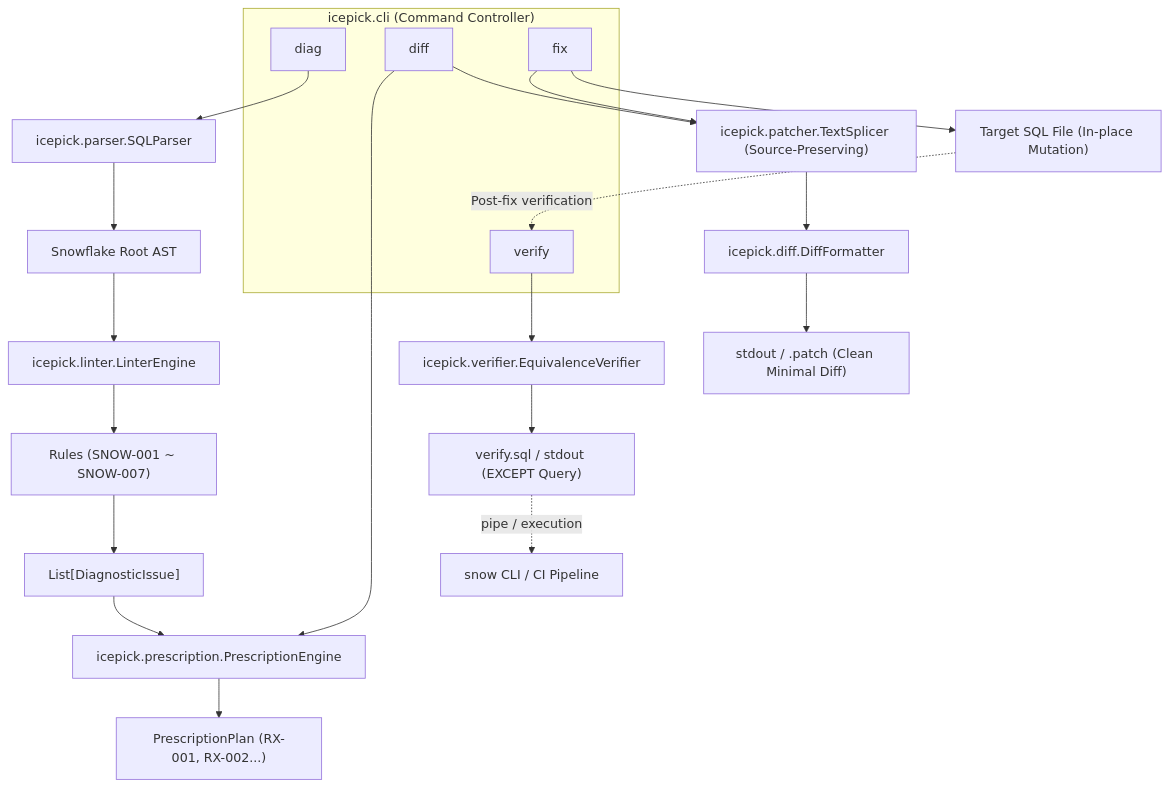
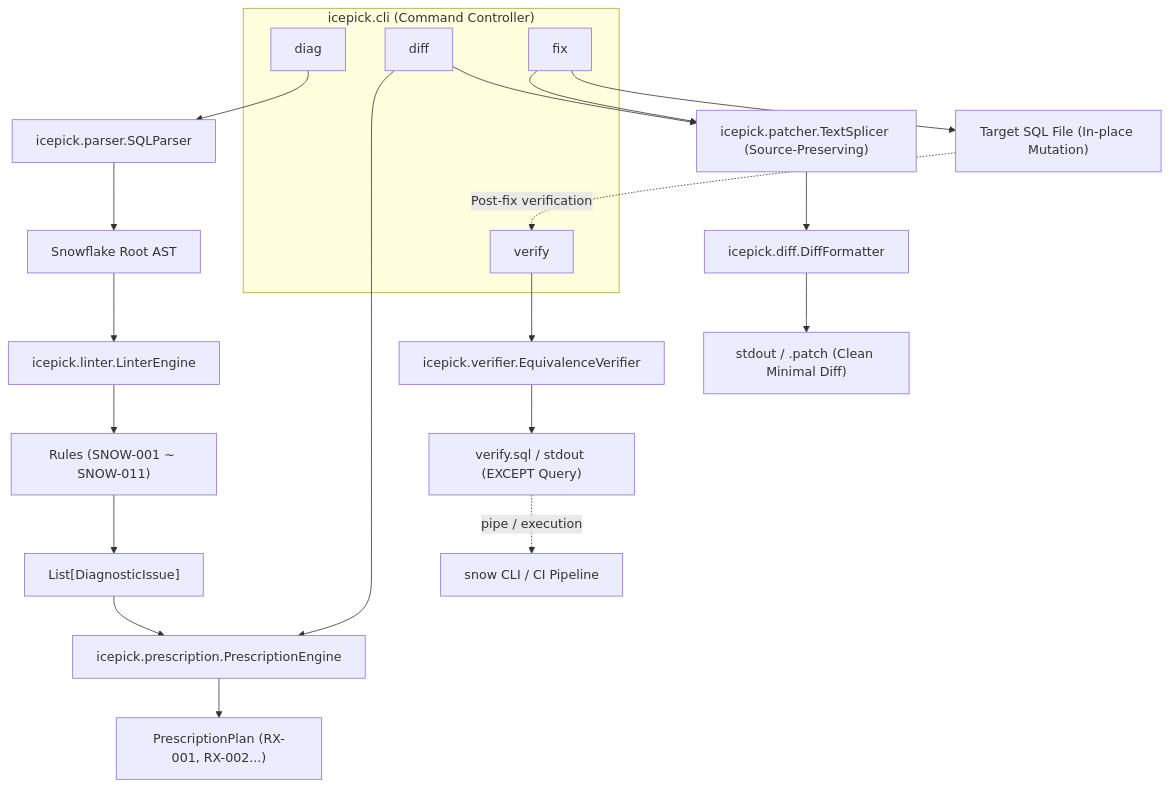
One commit to snaga/icepick changed the diagram in README.md. Above: the diagram before and after it, drawn with Mermaid. The commit also changed other lines of this file and 8 other files, not shown here.

First line of the commit message:
feat: integrate Tier 1 rules across linter, prescription engine, and agent context

````diff
--- a/README.md
+++ b/README.md
@@ -64,30 +68,30 @@
 ```mermaid
 flowchart TD
     subgraph CLI ["icepick.cli (Command Controller)"]
         CmdDiag["diag"]
         CmdDiff["diff"]
         CmdFix["fix"]
         CmdVerify["verify"]
     end
 
     CmdDiag --> Parser["icepick.parser.SQLParser"]
     Parser --> AST["Snowflake Root AST"]
     AST --> Linter["icepick.linter.LinterEngine"]
-    Linter --> Rules["Rules (SNOW-001 ~ SNOW-007)"]
+    Linter --> Rules["Rules (SNOW-001 ~ SNOW-011)"]
     Rules --> Issues["List[DiagnosticIssue]"]
     Issues --> RxEngine["icepick.prescription.PrescriptionEngine"]
     RxEngine --> Plan["PrescriptionPlan (RX-001, RX-002...)"]
 
     CmdDiff --> RxEngine
     CmdDiff --> Splicer["icepick.patcher.TextSplicer (Source-Preserving)"]
     Splicer --> Diff["icepick.diff.DiffFormatter"]
     Diff --> Stdout["stdout / .patch (Clean Minimal Diff)"]
 
     CmdFix --> Splicer
     CmdFix --> TargetFile["Target SQL File (In-place Mutation)"]
 
     CmdVerify --> Verifier["icepick.verifier.EquivalenceVerifier"]
     TargetFile -.->|Post-fix verification| CmdVerify
     Verifier --> VerifySQL["verify.sql / stdout (EXCEPT Query)"]
     VerifySQL -.->|pipe / execution| SnowCLI["snow CLI / CI Pipeline"]
 ```
````
